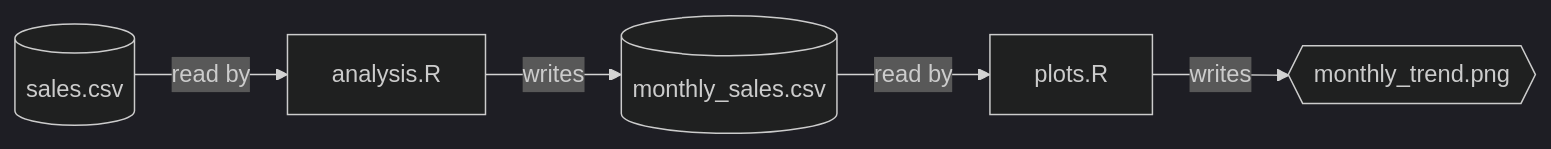
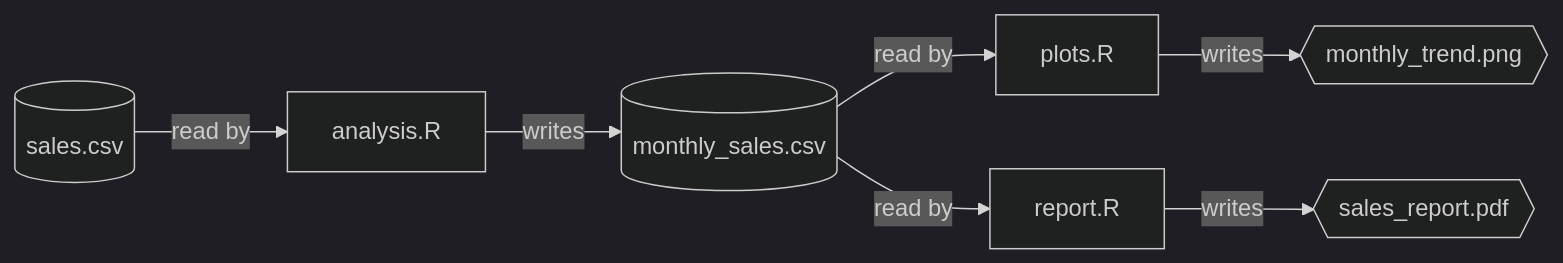
One commit to vangberg/bakepipe changed the diagram in README.md. Above: the diagram before and after it, drawn with Mermaid (dark theme). The commit also changed other lines of this file, not shown here.

First line of the commit message:
Add second branch to README example with PDF report generation

````diff
--- a/README.md
+++ b/README.md
@@ -63,7 +64,9 @@
 ```mermaid
 graph LR
     data[(sales.csv)] -->|read by| analysis[analysis.R]
     analysis -->|writes| results[(monthly_sales.csv)]
     results -->|read by| plots[plots.R]
+    results -->|read by| report[report.R]
     plots -->|writes| plot{{monthly_trend.png}}
+    report -->|writes| pdf{{sales_report.pdf}}
 ```
````
